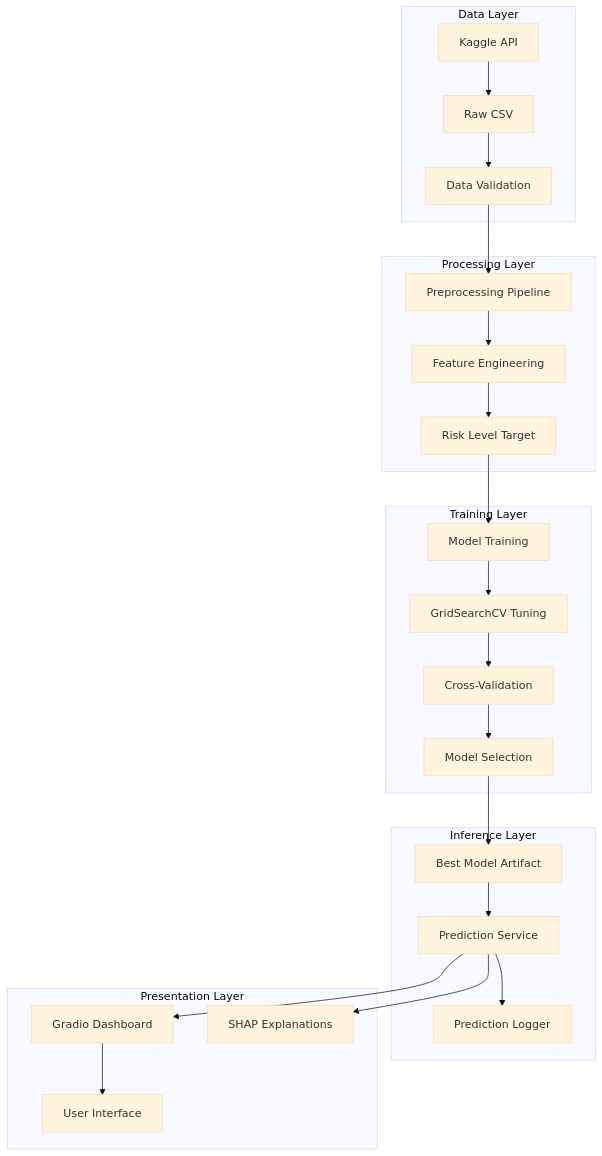
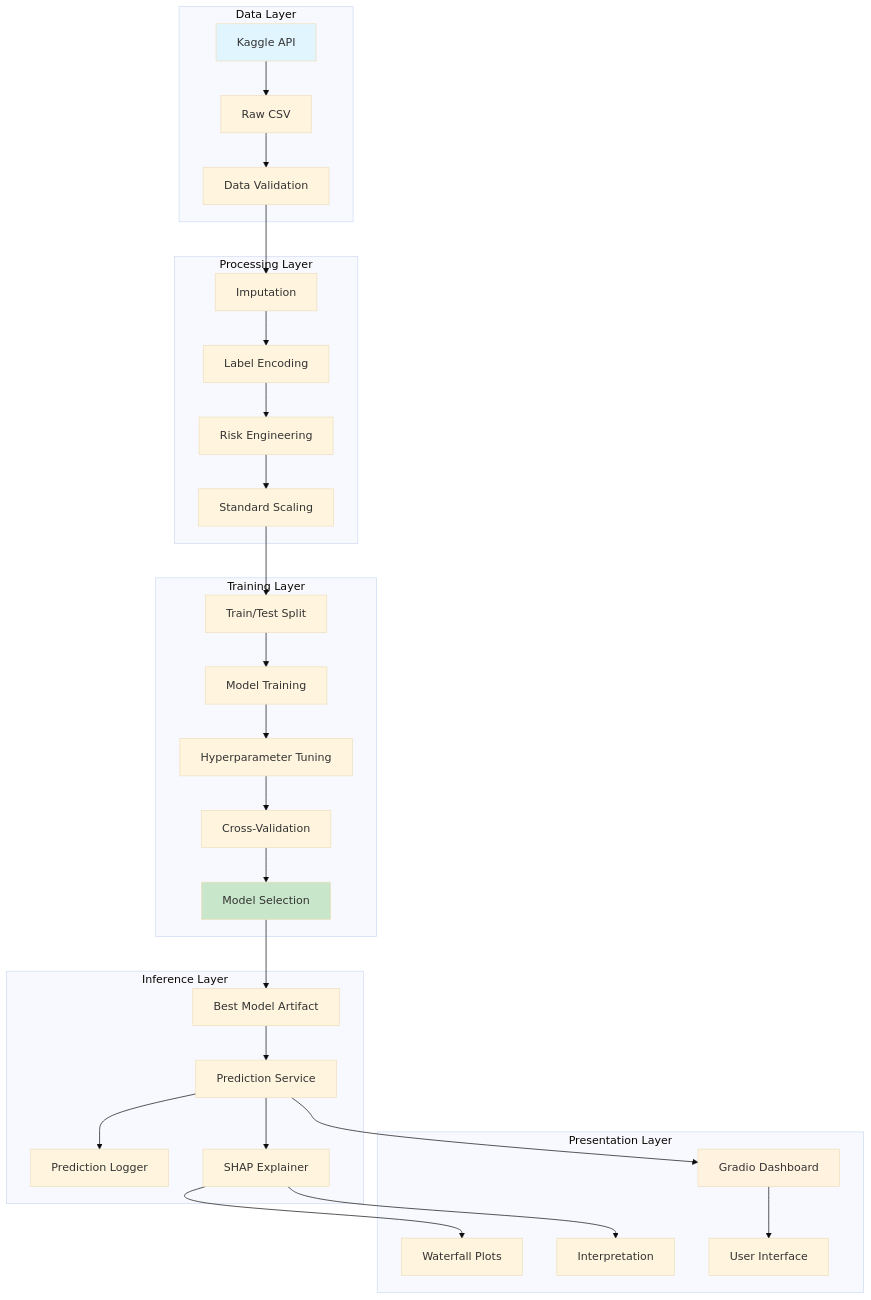
Before and after one commit to Khizar525/edurisk-ai: the first of 3 diagrams in docs/architecture.md, drawn with Mermaid (base theme). The commit also changed other lines of this file and 6 other files, not shown here.

````diff
--- a/docs/architecture.md
+++ b/docs/architecture.md
@@ -9,32 +9,40 @@
 ```mermaid
 graph TB
     subgraph "Data Layer"
         A[Kaggle API] --> B[Raw CSV]
         B --> C[Data Validation]
     end
 
     subgraph "Processing Layer"
-        C --> D[Preprocessing Pipeline]
-        D --> E[Feature Engineering]
-        E --> F[Risk Level Target]
+        C --> D[Imputation]
+        D --> E[Label Encoding]
+        E --> F[Risk Engineering]
+        F --> G[Standard Scaling]
     end
 
     subgraph "Training Layer"
-        F --> G[Model Training]
-        G --> H[GridSearchCV Tuning]
-        H --> I[Cross-Validation]
-        I --> J[Model Selection]
+        G --> H[Train/Test Split]
+        H --> I[Model Training]
+        I --> J[Hyperparameter Tuning]
+        J --> K[Cross-Validation]
+        K --> L[Model Selection]
     end
 
     subgraph "Inference Layer"
-        J --> K[Best Model Artifact]
-        K --> L[Prediction Service]
-        L --> M[Prediction Logger]
+        L --> M[Best Model Artifact]
+        M --> N[Prediction Service]
+        N --> O[Prediction Logger]
+        N --> P[SHAP Explainer]
     end
 
     subgraph "Presentation Layer"
-        L --> N[Gradio Dashboard]
-        L --> O[SHAP Explanations]
-        N --> P[User Interface]
+        N --> Q[Gradio Dashboard]
+        P --> R[Waterfall Plots]
+        P --> S[Interpretation]
+        Q --> T[User Interface]
     end
+
+    style A fill:#e1f5fe
+    style L fill:#c8e6c9
+    style Q fill:#fff3e0
 ```
````
